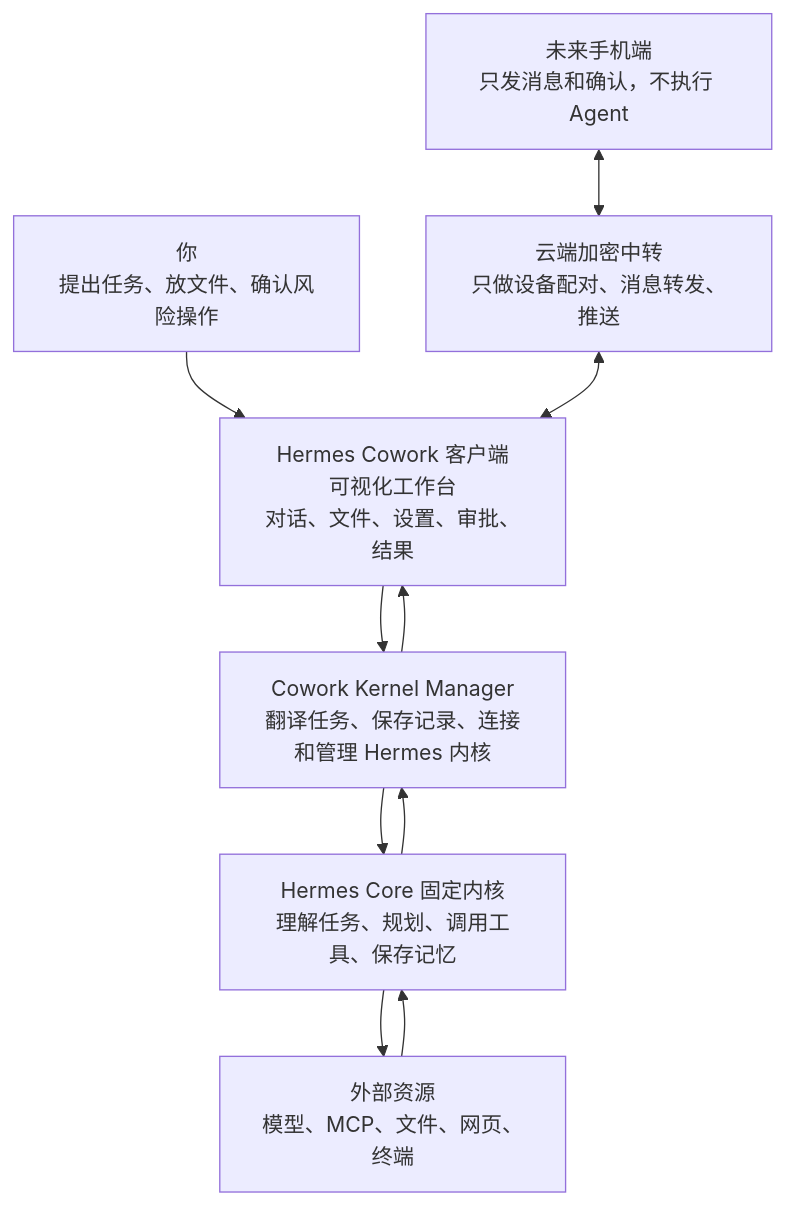
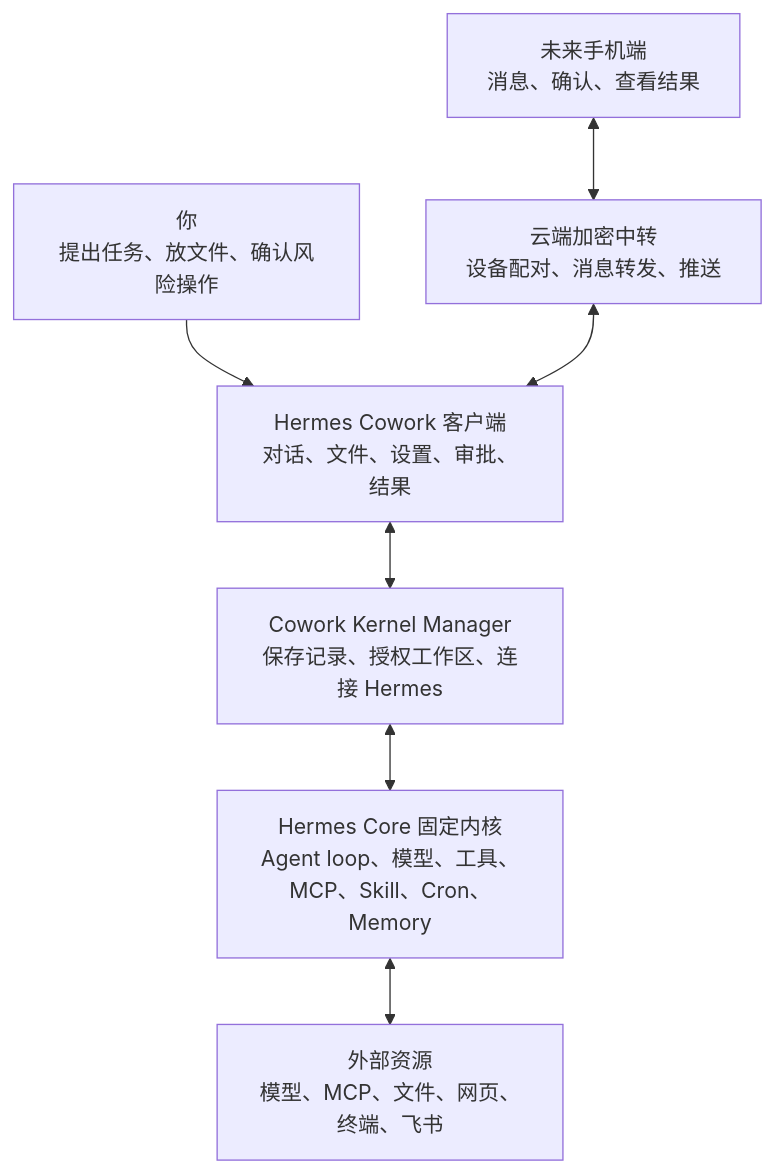
Before and after one commit to xinluwang1221/Lucas-: the diagram in Hermes_Cowork_开发文档.md, drawn with Mermaid. The commit also changed other lines of this file and 4 other files, not shown here.

````diff
--- a/Hermes_Cowork_开发文档.md
+++ b/Hermes_Cowork_开发文档.md
@@ -197,20 +78,17 @@
 ```mermaid
 flowchart TB
   U["你<br/>提出任务、放文件、确认风险操作"]
-  C["Hermes Cowork 客户端<br/>可视化工作台<br/>对话、文件、设置、审批、结果"]
-  A["Cowork Kernel Manager<br/>翻译任务、保存记录、连接和管理 Hermes 内核"]
-  H["Hermes Core 固定内核<br/>理解任务、规划、调用工具、保存记忆"]
-  R["外部资源<br/>模型、MCP、文件、网页、终端"]
-  M["未来手机端<br/>只发消息和确认，不执行 Agent"]
-  Cloud["云端加密中转<br/>只做设备配对、消息转发、推送"]
+  C["Hermes Cowork 客户端<br/>对话、文件、设置、审批、结果"]
+  K["Cowork Kernel Manager<br/>保存记录、授权工作区、连接 Hermes"]
+  H["Hermes Core 固定内核<br/>Agent loop、模型、工具、MCP、Skill、Cron、Memory"]
+  R["外部资源<br/>模型、MCP、文件、网页、终端、飞书"]
+  M["未来手机端<br/>消息、确认、查看结果"]
+  Cloud["云端加密中转<br/>设备配对、消息转发、推送"]
 
   U --> C
-  C --> A
-  A --> H
-  H --> R
-  R --> H
-  H --> A
-  A --> C
+  C <--> K
+  K <--> H
+  H <--> R
   M <--> Cloud
   Cloud <--> C
 ```
````
